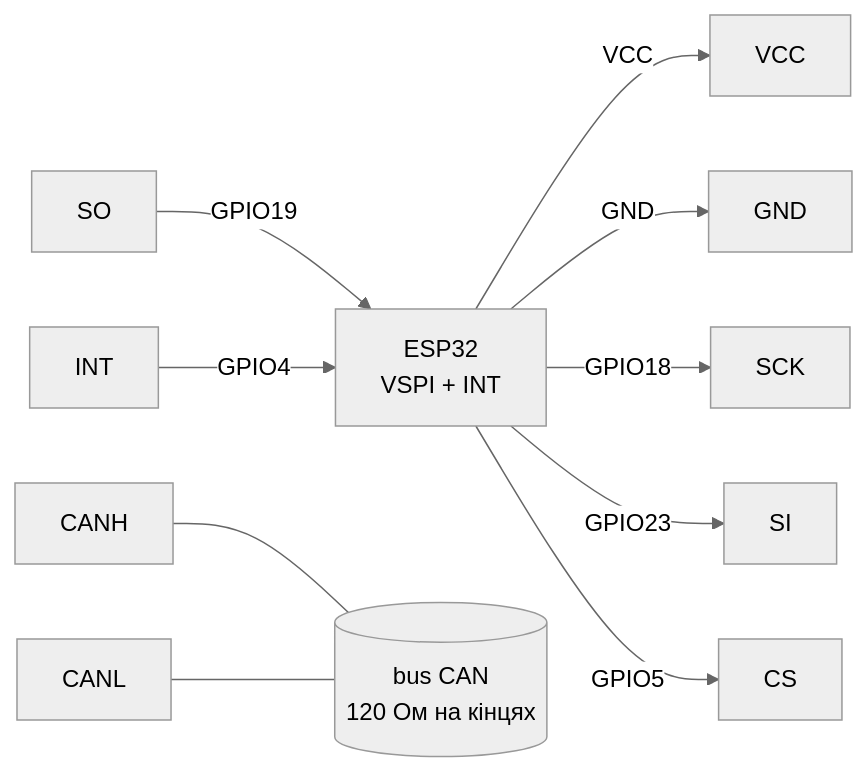
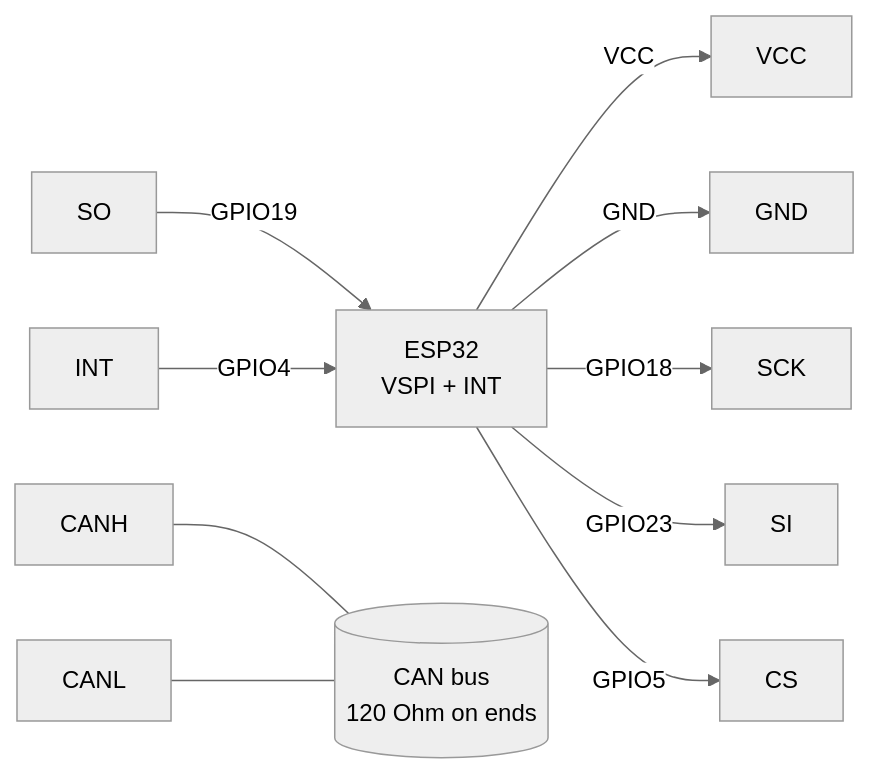
One commit to ksalab/embedded-reference changed the third of 3 diagrams in obsidian_vault/ESP32-Reference/EN/12-Comm-Modules/07-SIM7600-W5500-MCP2515.en.md. Above: the diagram before and after it, drawn with Mermaid (neutral theme). The commit also changed other lines of this file and 76 other files, not shown here.

````diff
--- a/obsidian_vault/ESP32-Reference/EN/12-Comm-Modules/07-SIM7600-W5500-MCP2515.en.md
+++ b/obsidian_vault/ESP32-Reference/EN/12-Comm-Modules/07-SIM7600-W5500-MCP2515.en.md
@@ -193,12 +193,12 @@
 ```mermaid
 graph LR
     ESP32[ESP32<br/>VSPI + INT] -->|VCC| VCC[VCC]
     ESP32 -->|GND| GNDM[GND]
     ESP32 -->|GPIO18| SCK[SCK]
     ESP32 -->|GPIO23| SI[SI]
     SO[SO] -->|GPIO19| ESP32
     ESP32 -->|GPIO5| CS[CS]
     INTM[INT] -->|GPIO4| ESP32
-    CANH[CANH] --- BUS[(bus CAN<br/>120 Ом на кінцях)]
+    CANH[CANH] --- BUS[(CAN bus<br/>120 Ohm on ends)]
     CANL[CANL] --- BUS
 ```
````
